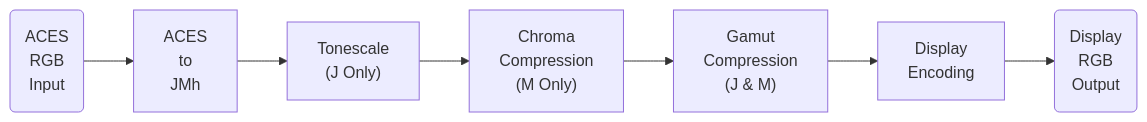
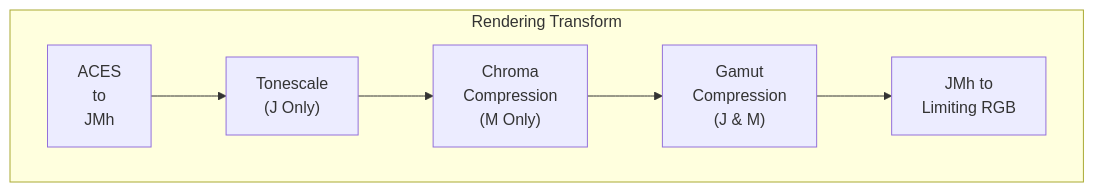
One commit to ampas/aces-docs changed the second of 2 diagrams in docs/system-components/output-transforms/index.md. Above: the diagram before and after it, drawn with Mermaid. The commit also changed other lines of this file and 29 other files, not shown here.

````diff
--- a/docs/system-components/output-transforms/index.md
+++ b/docs/system-components/output-transforms/index.md
@@ -118,22 +50,20 @@
 ``` mermaid
 flowchart LR
-  A("ACES 
-  RGB 
-  Input") --> 
   B[ACES 
   to 
-  JMh] --> 
+  JMh]
   C["Tonescale 
-  (J Only)"] --> 
+  (J Only)"]
   D["Chroma 
   Compression 
-  (M Only)"] --> 
+  (M Only)"]
   E["Gamut 
   Compression 
-  (J & M)"] --> 
-  F[Display 
-  Encoding] --> 
-  G(Display 
-  RGB 
-  Output);
+  (J & M)"]
+  F[JMh to
+  Limiting RGB]
+  subgraph box1 ["Rendering Transform"]
+    direction LR
+    B --> C --> D --> E --> F
+    end;
 ```
````
